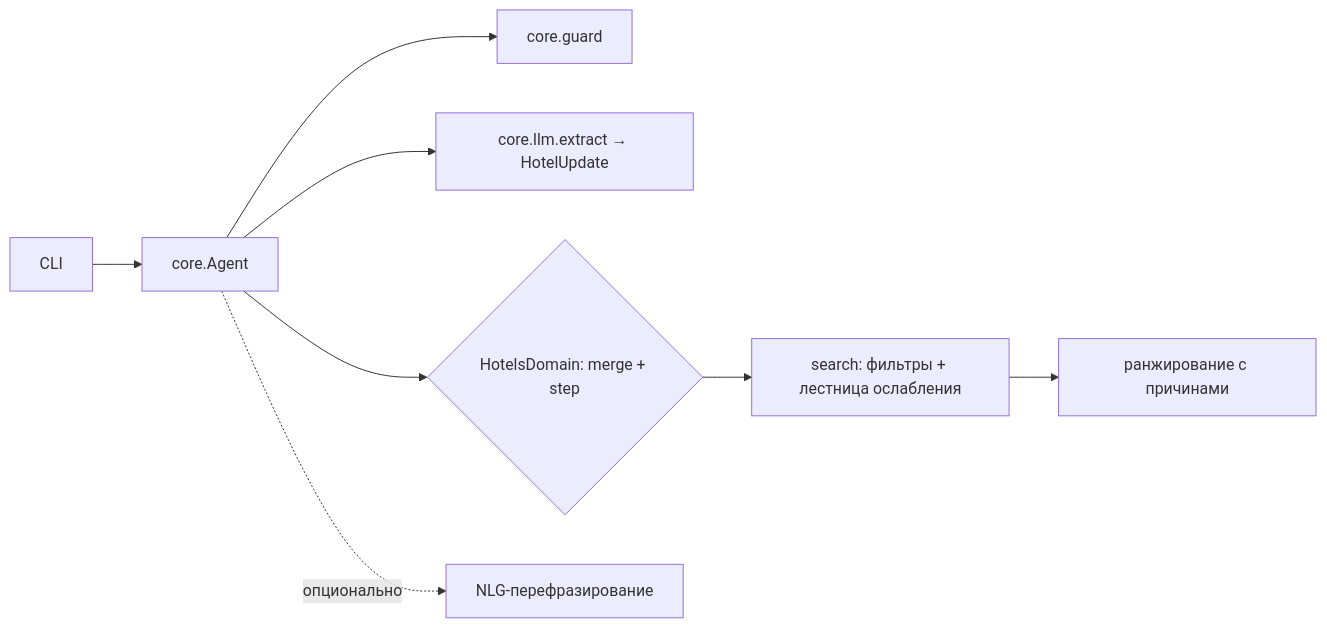
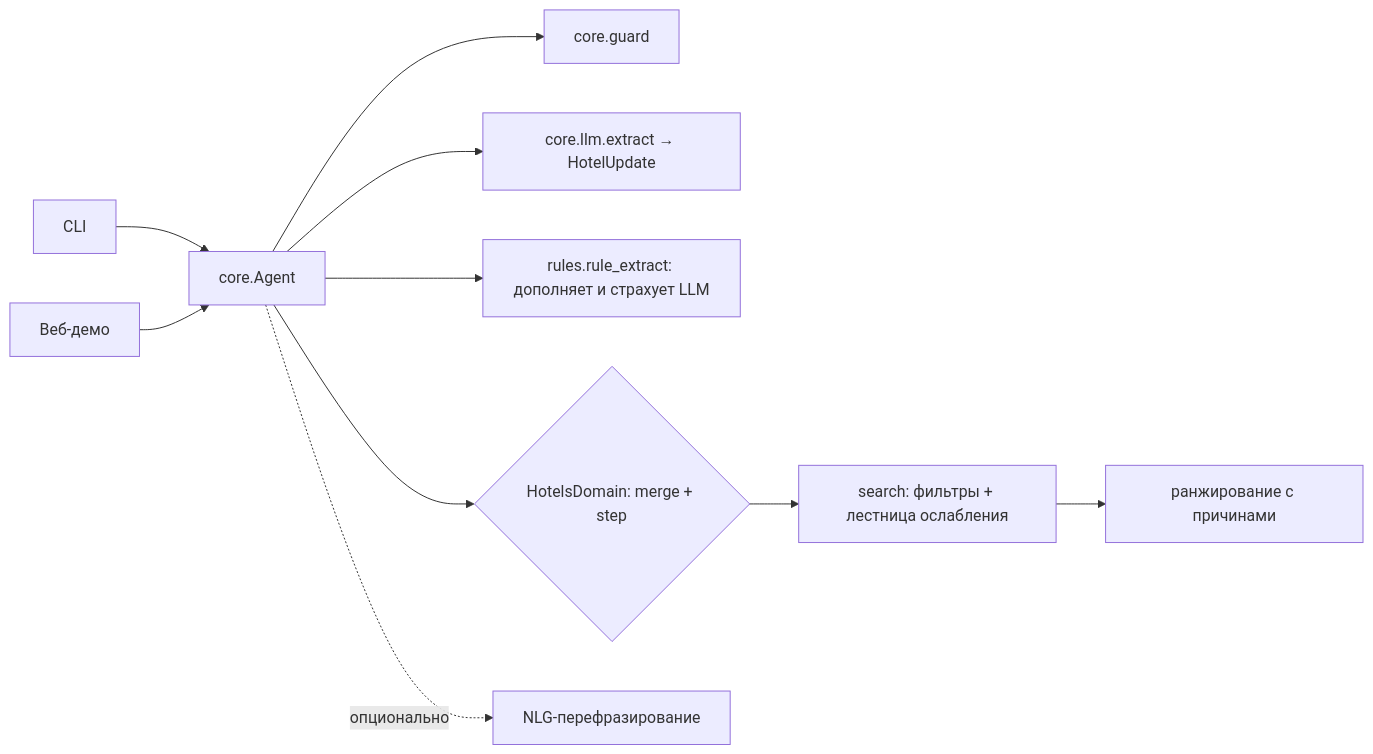
The diagram in docs/02_architecture.md (drkokorev/o-hack), drawn with Mermaid before and after one commit. The commit also changed other lines of this file and 31 other files, not shown here.

First line of the commit message:
Подготовка к старту: разбор правилами, загрузчик каталога, веб-демо, оценка понимания

````diff
--- a/docs/02_architecture.md
+++ b/docs/02_architecture.md
@@ -5,10 +5,12 @@
 ```mermaid
 flowchart LR
     CLI[CLI] --> A
     A[core.Agent] --> G[core.guard]
     A --> X["core.llm.extract → HotelUpdate"]
+    A --> RU["rules.rule_extract: дополняет и страхует LLM"]
+    WEB[Веб-демо] --> A
     A --> D{"HotelsDomain: merge + step"}
     D --> S[search: фильтры + лестница ослабления]
     S --> R[ранжирование с причинами]
     A -. "опционально" .-> N[NLG-перефразирование]
 ```
````
